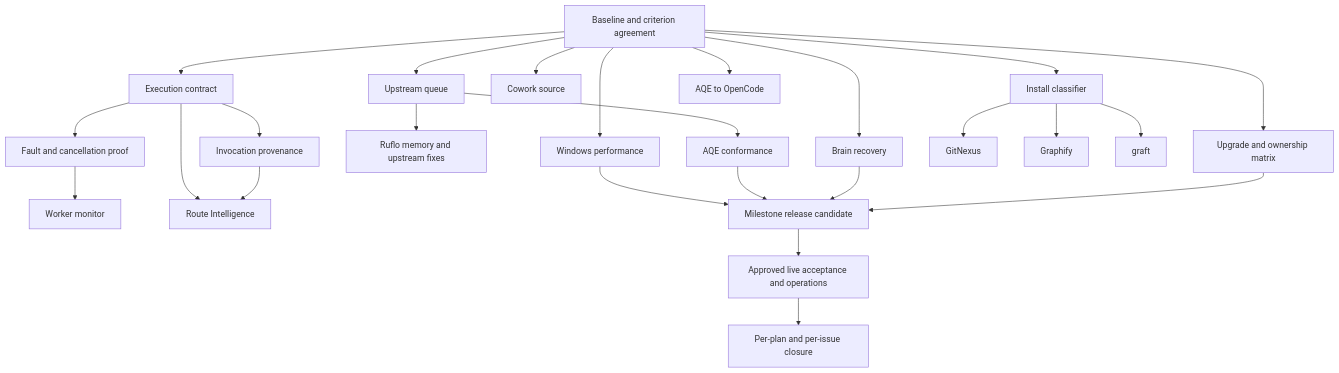
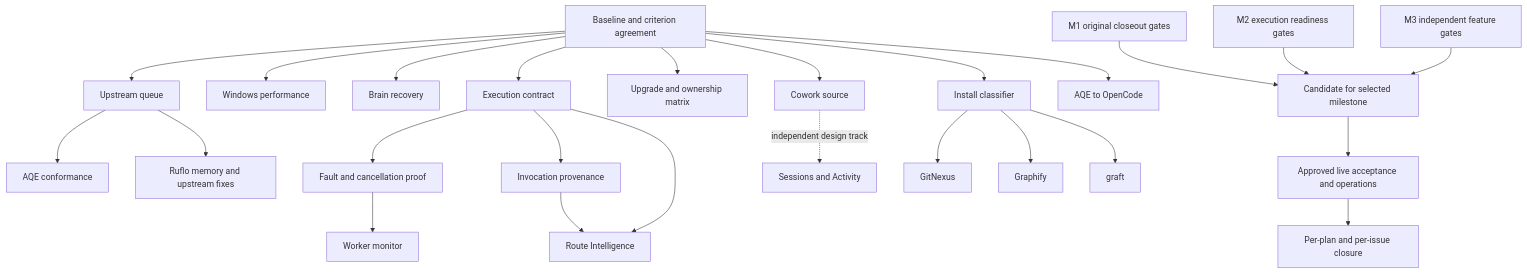
One commit to pacphi/agentic-kit changed the diagram in docs/plans/2026-09-29-completion-program.md. Above: the diagram before and after it, drawn with Mermaid. The commit also changed other lines of this file and 3 other files, not shown here.

````diff
--- a/docs/plans/2026-09-29-completion-program.md
+++ b/docs/plans/2026-09-29-completion-program.md
@@ -108,27 +123,27 @@
 ```mermaid
 flowchart TD
   P00[Baseline and criterion agreement] --> P01[Upstream queue]
   P00 --> P02[Windows performance]
   P00 --> P04[Brain recovery]
   P01 --> P03[AQE conformance]
   P01 --> P05[Ruflo memory and upstream fixes]
   P00 --> P06[Execution contract]
   P06 --> P07[Fault and cancellation proof]
   P07 --> P08[Worker monitor]
   P06 --> P10[Invocation provenance]
   P00 --> P09[Upgrade and ownership matrix]
   P00 --> P11[Cowork source]
+  P11 -. independent design track .-> P11S[Sessions and Activity]
   P00 --> P12[Install classifier]
   P12 --> P13[GitNexus]
   P12 --> P14[Graphify]
   P12 --> P15[graft]
   P00 --> P16[AQE to OpenCode]
   P06 --> P17[Route Intelligence]
   P10 --> P17
-  P02 --> P18[Milestone release candidate]
-  P03 --> P18
-  P04 --> P18
-  P09 --> P18
+  M1[M1 original closeout gates] --> P18[Candidate for selected milestone]
+  M2[M2 execution readiness gates] --> P18
+  M3[M3 independent feature gates] --> P18
   P18 --> P19[Approved live acceptance and operations]
   P19 --> P20[Per-plan and per-issue closure]
 ```
````
